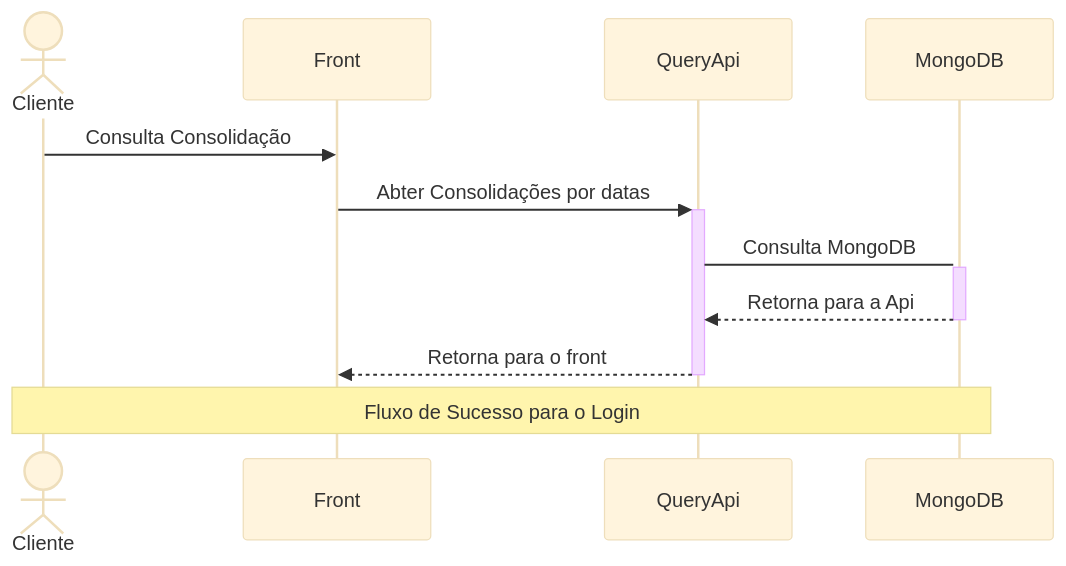
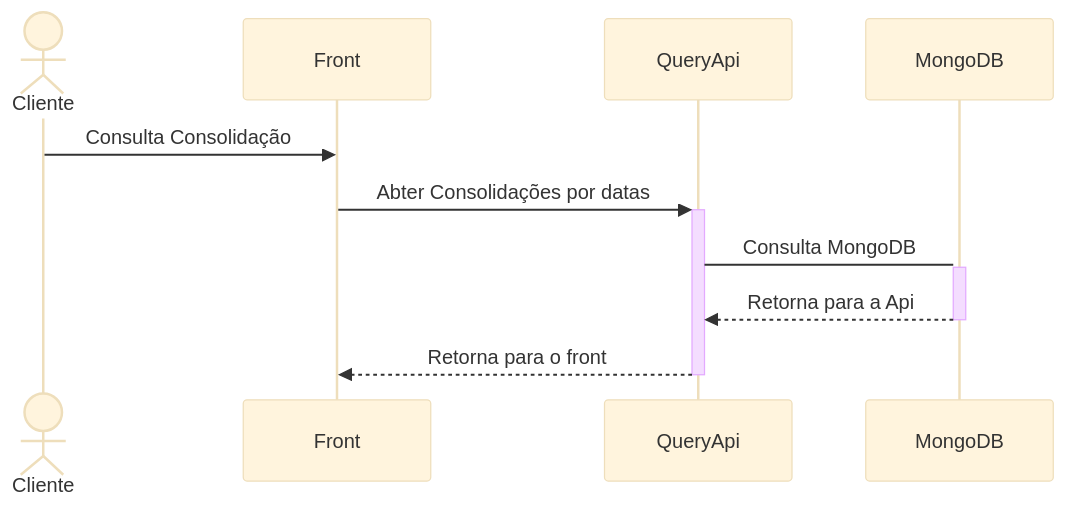
One commit to thiagocbcunha/arch-solution changed the second of 3 diagrams in README.md. Above: the diagram before and after it, drawn with Mermaid (base theme). The commit also changed other lines of this file, not shown here.

````diff
--- a/README.md
+++ b/README.md
@@ -400,15 +172,10 @@
 ```mermaid
 sequenceDiagram
     actor Cliente
-    participant Front
-    participant QueryApi
-    participant MongoDB
 
     Cliente->>Front: Consulta Consolidação
     Front->>+QueryApi: Abter Consolidações por datas
     QueryApi->+MongoDB: Consulta MongoDB
     MongoDB-->>-QueryApi: Retorna para a Api
     QueryApi-->>-Front: Retorna para o front
-
-    Note over Cliente, MongoDB: Fluxo de Sucesso para o Login
 ```
````
